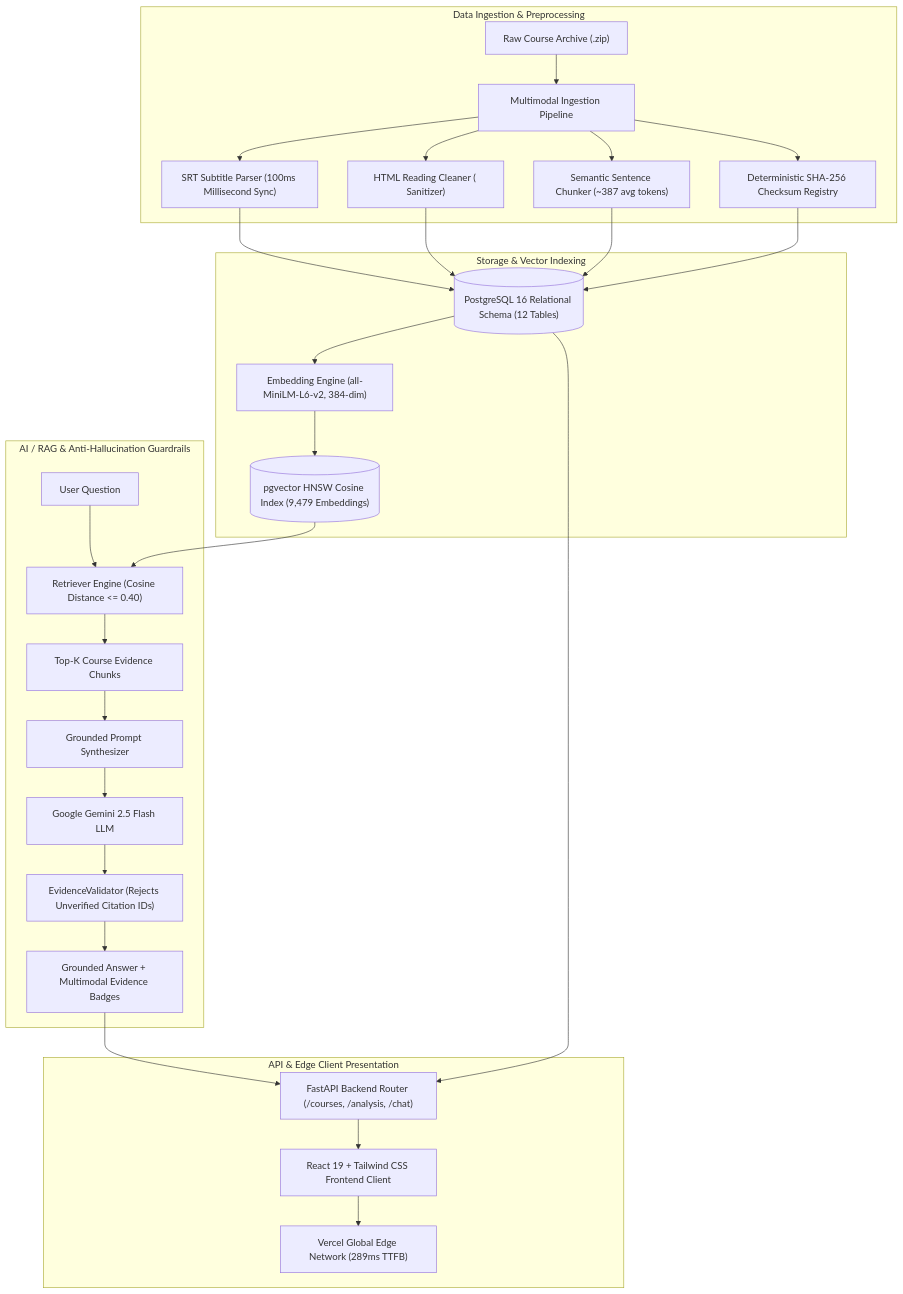
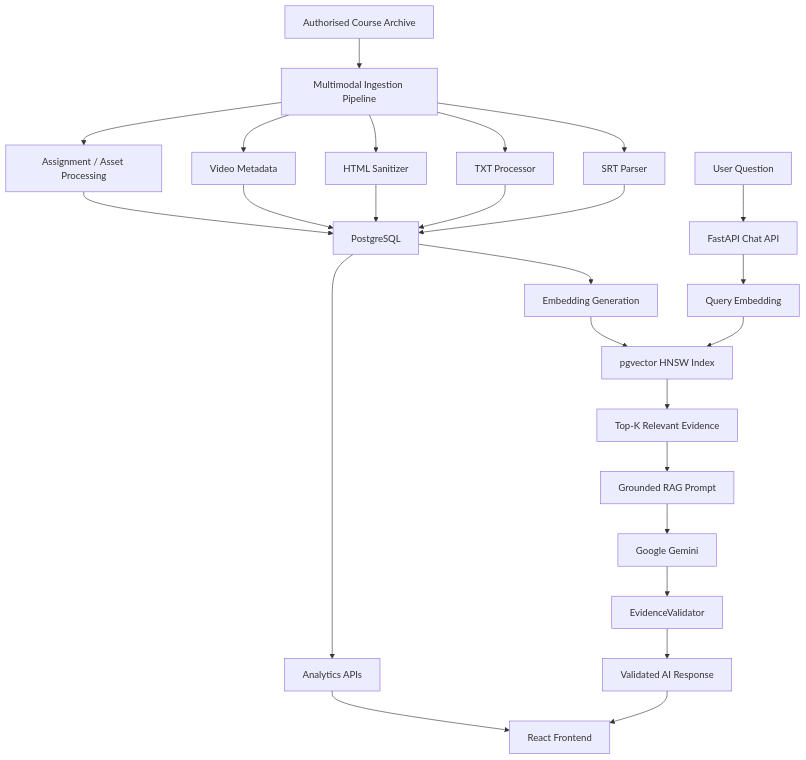
Before and after one commit to Chetanpatil71502/Coursera-Multimodal-Intelligence-Platform: the diagram in README.md, drawn with Mermaid. The commit also changed other lines of this file, not shown here.

````diff
--- a/README.md
+++ b/README.md
@@ -50,32 +151,43 @@
 ```mermaid
 graph TD
-    subgraph Data Ingestion & Preprocessing
-        A["Raw Course Archive (.zip)"] --> B["Multimodal Ingestion Pipeline"]
-        B --> C1["SRT Subtitle Parser (100ms Millisecond Sync)"]
-        B --> C2["HTML Reading Cleaner (<co-content> Sanitizer)"]
-        B --> C3["Semantic Sentence Chunker (~387 avg tokens)"]
-        B --> C4["Deterministic SHA-256 Checksum Registry"]
-    end
 
-    subgraph Storage & Vector Indexing
-        C1 & C2 & C3 & C4 --> D[("PostgreSQL 16 Relational Schema (12 Tables)")]
-        D --> E["Embedding Engine (all-MiniLM-L6-v2, 384-dim)"]
-        E --> F[("pgvector HNSW Cosine Index (9,479 Embeddings)")]
-    end
+    A["Authorised Course Archive"] --> B["Multimodal Ingestion Pipeline"]
 
-    subgraph AI / RAG & Anti-Hallucination Guardrails
-        G["User Question"] --> H["Retriever Engine (Cosine Distance <= 0.40)"]
-        F --> H
-        H --> I["Top-K Course Evidence Chunks"]
-        I --> J["Grounded Prompt Synthesizer"]
-        J --> K["Google Gemini 2.5 Flash LLM"]
-        K --> L["EvidenceValidator (Rejects Unverified Citation IDs)"]
-        L --> M["Grounded Answer + Multimodal Evidence Badges"]
-    end
+    B --> C1["SRT Parser"]
+    B --> C2["TXT Processor"]
+    B --> C3["HTML Sanitizer"]
+    B --> C4["Video Metadata"]
+    B --> C5["Assignment / Asset Processing"]
 
-    subgraph API & Edge Client Presentation
-        D & M --> N["FastAPI Backend Router (/courses, /analysis, /chat)"]
-        N --> O["React 19 + Tailwind CSS Frontend Client"]
-        O --> P["Vercel Global Edge Network (289ms TTFB)"]
-    end
+    C1 --> D["PostgreSQL"]
+    C2 --> D
+    C3 --> D
+    C4 --> D
+    C5 --> D
+
+    D --> E["Embedding Generation"]
+
+    E --> F["pgvector HNSW Index"]
+
+    U["User Question"] --> G["FastAPI Chat API"]
+
+    G --> H["Query Embedding"]
+
+    H --> F
+
+    F --> I["Top-K Relevant Evidence"]
+
+    I --> J["Grounded RAG Prompt"]
+
+    J --> K["Google Gemini"]
+
+    K --> L["EvidenceValidator"]
+
+    L --> M["Validated AI Response"]
+
+    M --> N["React Frontend"]
+
+    D --> O["Analytics APIs"]
+
+    O --> N
 ```
````
